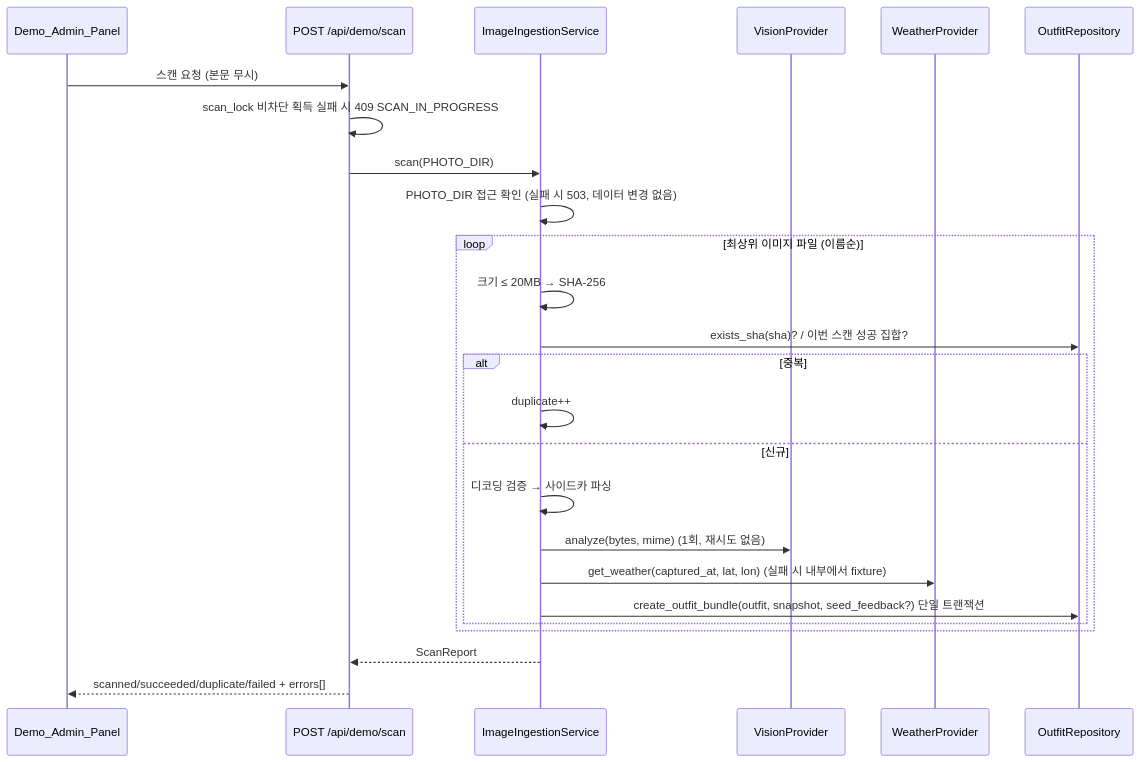
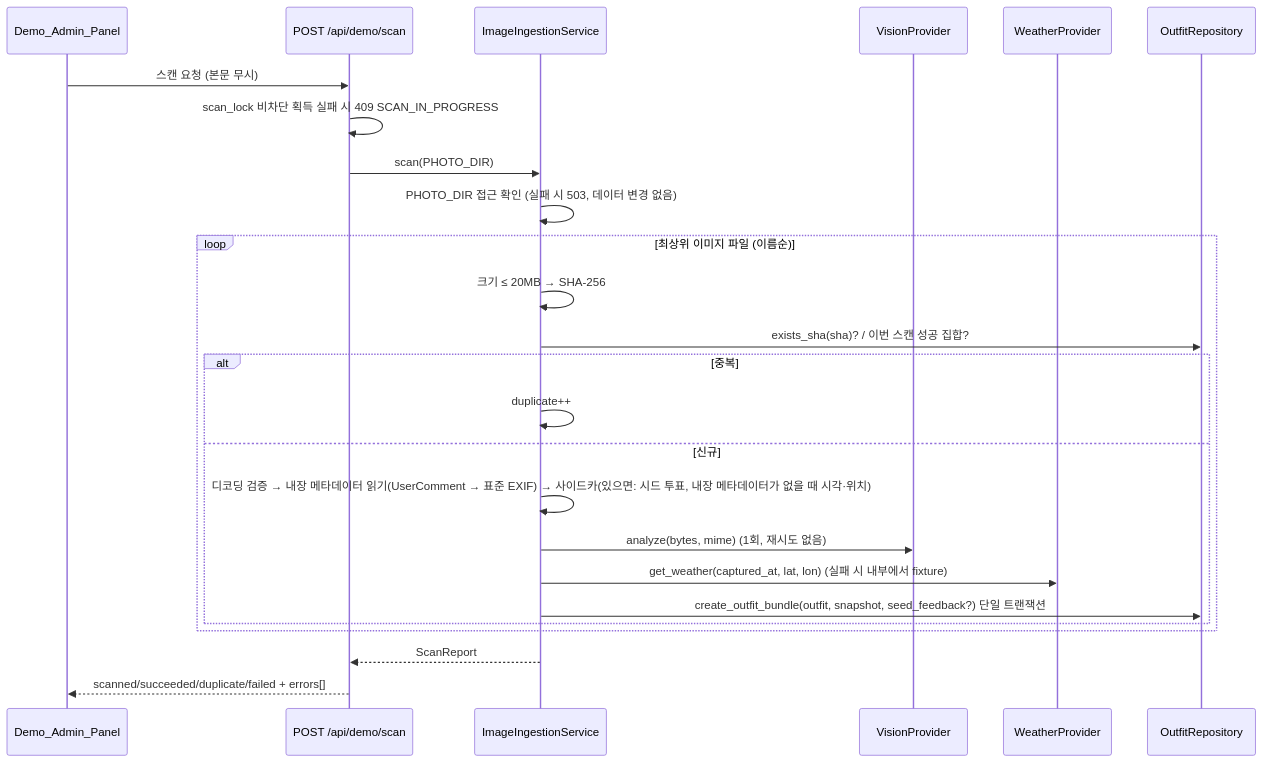
One commit to jgoneit/WeatherWear changed the second of 4 diagrams in .kiro/specs/weatherwear/design.md. Above: the diagram before and after it, drawn with Mermaid. The commit also changed other lines of this file and 45 other files, not shown here.

````diff
--- a/.kiro/specs/weatherwear/design.md
+++ b/.kiro/specs/weatherwear/design.md
@@ -147,28 +152,28 @@
 ```mermaid
 sequenceDiagram
   participant Admin as Demo_Admin_Panel
   participant API as POST /api/demo/scan
   participant ING as ImageIngestionService
   participant V as VisionProvider
   participant W as WeatherProvider
   participant R as OutfitRepository
 
   Admin->>API: 스캔 요청 (본문 무시)
   API->>API: scan_lock 비차단 획득 실패 시 409 SCAN_IN_PROGRESS
   API->>ING: scan(PHOTO_DIR)
   ING->>ING: PHOTO_DIR 접근 확인 (실패 시 503, 데이터 변경 없음)
   loop 최상위 이미지 파일 (이름순)
     ING->>ING: 크기 ≤ 20MB → SHA-256
     ING->>R: exists_sha(sha)? / 이번 스캔 성공 집합?
     alt 중복
       ING->>ING: duplicate++
     else 신규
-      ING->>ING: 디코딩 검증 → 사이드카 파싱
+      ING->>ING: 디코딩 검증 → 내장 메타데이터 읽기(UserComment → 표준 EXIF) → 사이드카(있으면: 시드 투표, 내장 메타데이터가 없을 때 시각·위치)
       ING->>V: analyze(bytes, mime) (1회, 재시도 없음)
       ING->>W: get_weather(captured_at, lat, lon) (실패 시 내부에서 fixture)
       ING->>R: create_outfit_bundle(outfit, snapshot, seed_feedback?) 단일 트랜잭션
     end
   end
   ING-->>API: ScanReport
   API-->>Admin: scanned/succeeded/duplicate/failed + errors[]
 ```
````
